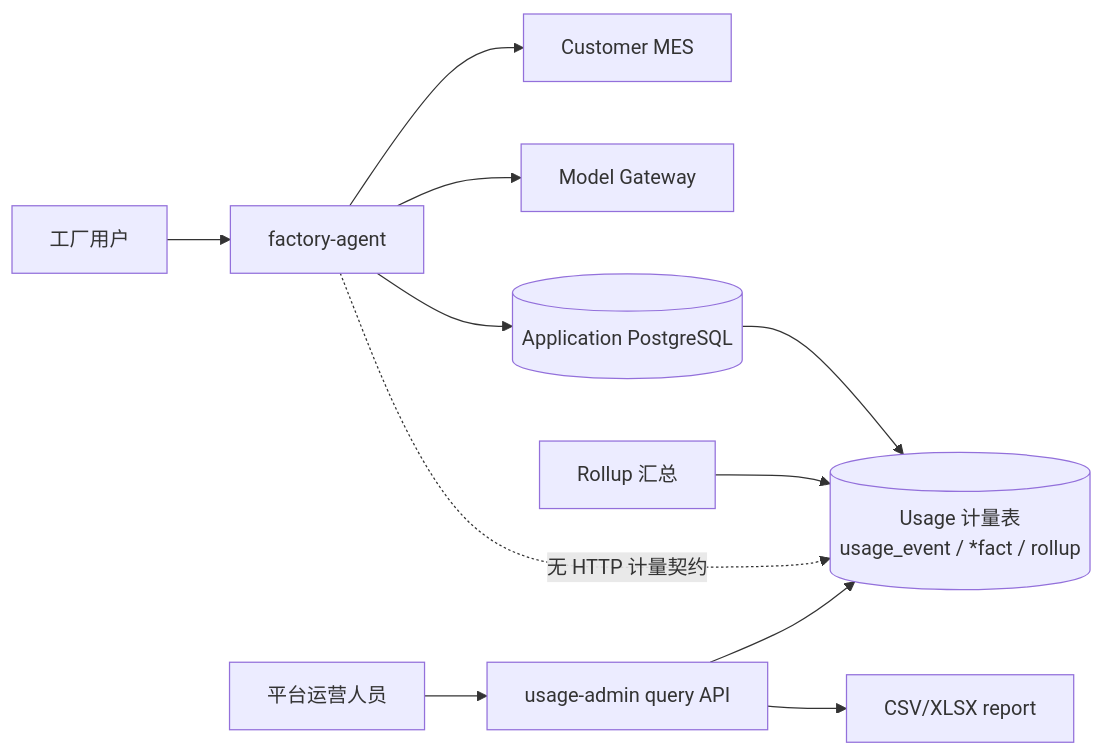
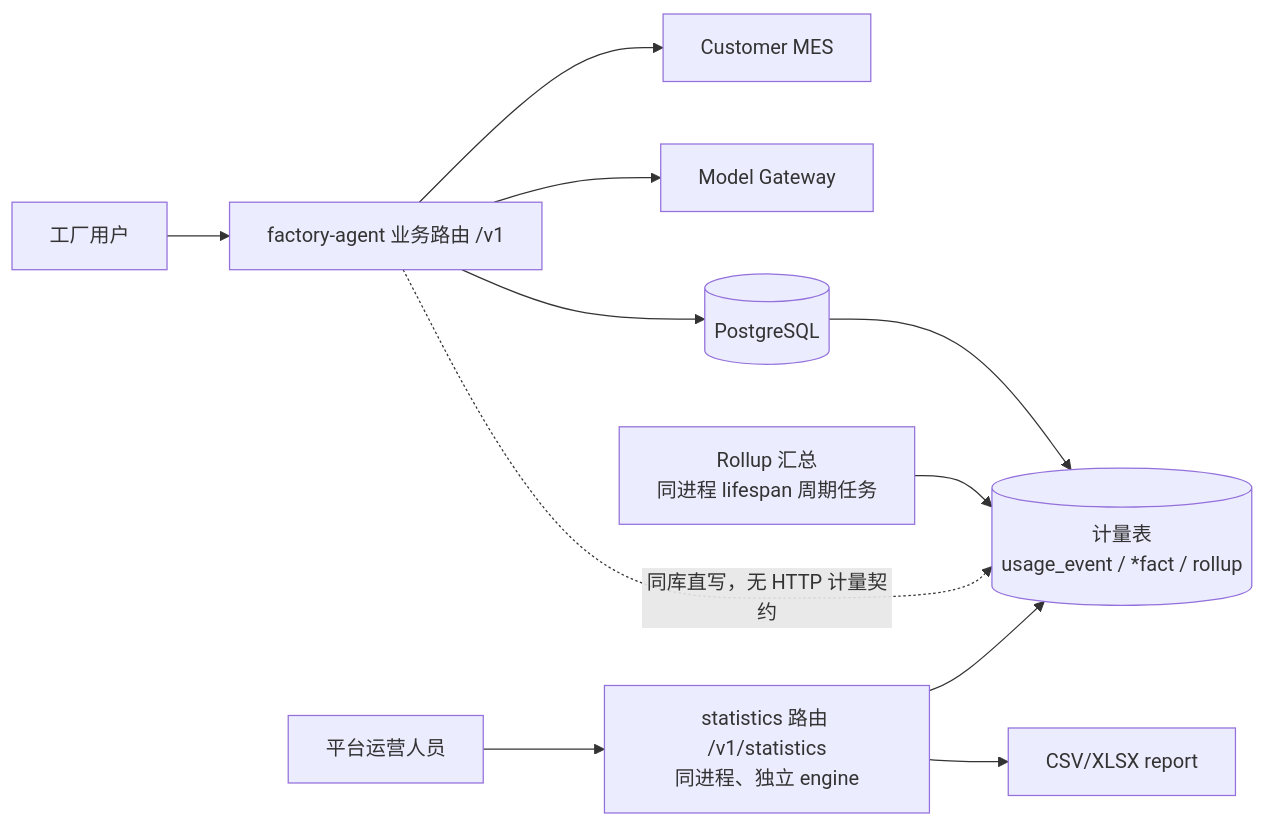
Before and after one commit to zhu13818202655/factory-agent: the diagram in docs/adr/0003-usage-metering-and-admin-service.md, drawn with Mermaid. The commit also changed other lines of this file and 165 other files, not shown here.

First line of the commit message:
feat: 使用统计并入 factory-agent，接线 rollup 汇总链路并修正两处口径

````diff
--- a/docs/adr/0003-usage-metering-and-admin-service.md
+++ b/docs/adr/0003-usage-metering-and-admin-service.md
@@ -55,13 +54,13 @@
 ```mermaid
 flowchart LR
-    User[工厂用户] --> Agent[factory-agent]
+    User[工厂用户] --> Agent[factory-agent 业务路由 /v1]
     Agent --> MES[Customer MES]
     Agent --> LLM[Model Gateway]
-    Agent --> AppDB[(Application PostgreSQL)]
-    AppDB --> UsageDB[(Usage 计量表<br/>usage_event / *fact / rollup)]
-    Rollup[Rollup 汇总] --> UsageDB
-    Agent -. 无 HTTP 计量契约 .-> UsageDB
-    Admin[平台运营人员] --> AdminAPI[usage-admin query API]
-    AdminAPI --> UsageDB
-    AdminAPI --> Export[CSV/XLSX report]
+    Agent --> AppDB[(PostgreSQL)]
+    AppDB --> UsageDB[(计量表<br/>usage_event / *fact / rollup)]
+    Rollup[Rollup 汇总<br/>同进程 lifespan 周期任务] --> UsageDB
+    Agent -. 同库直写，无 HTTP 计量契约 .-> UsageDB
+    Admin[平台运营人员] --> Stats[statistics 路由 /v1/statistics<br/>同进程、独立 engine]
+    Stats --> UsageDB
+    Stats --> Export[CSV/XLSX report]
 ```
````
